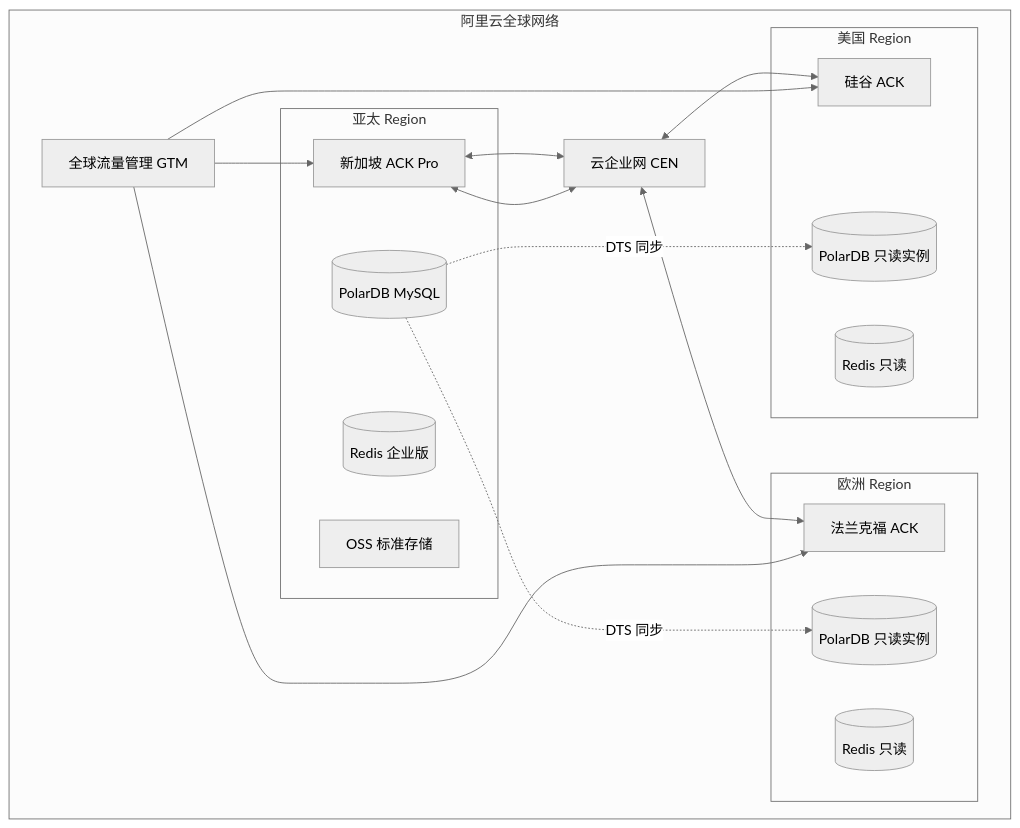
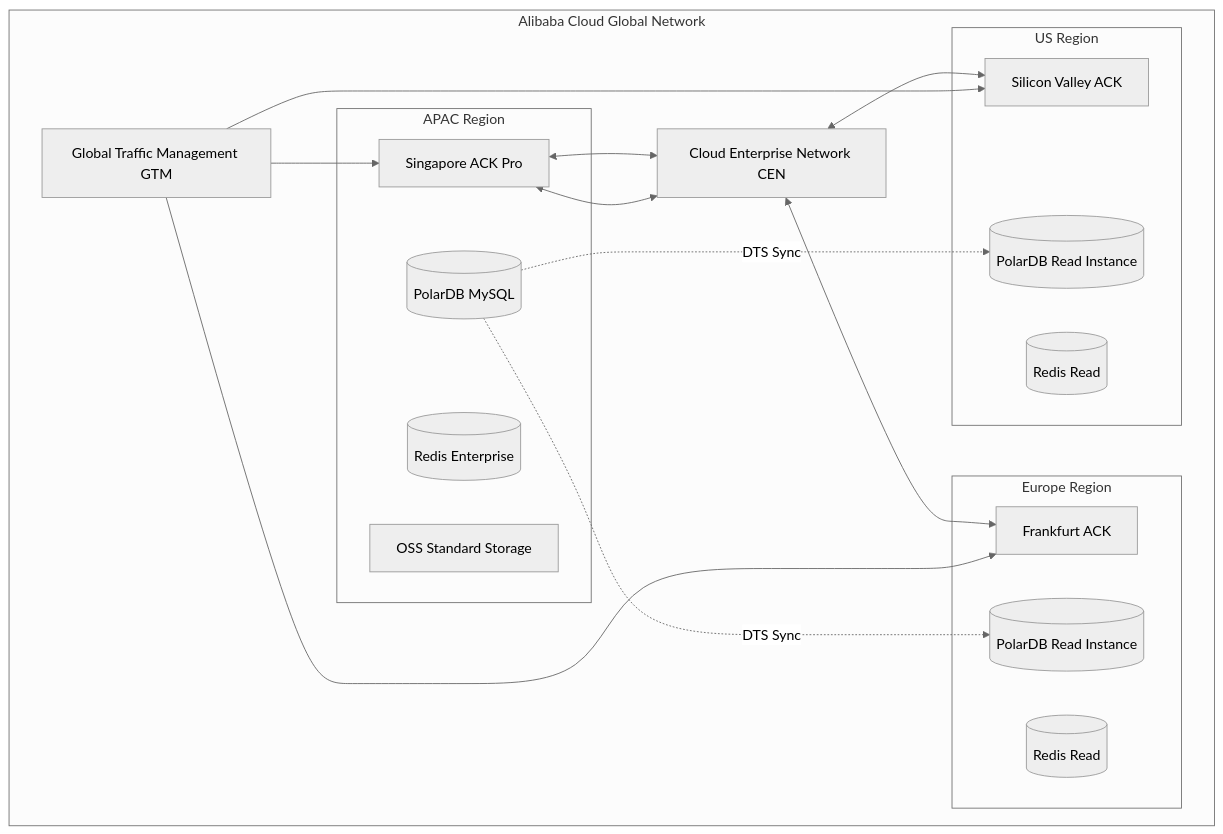
The fourth of 6 diagrams in tree/application/architecture/cross-border-ecommerce.md (teaglebuilt/knowledge-tree), drawn with Mermaid (neutral theme) before and after one commit. The commit also changed other lines of this file and 16 other files, not shown here.

````diff
--- a/tree/application/architecture/cross-border-ecommerce.md
+++ b/tree/application/architecture/cross-border-ecommerce.md
@@ -265,32 +226,32 @@
 ```mermaid
 graph TB
-    subgraph 阿里云全球网络
-        subgraph 亚太 Region
-            SG[新加坡 ACK Pro]
+    subgraph Alibaba Cloud Global Network
+        subgraph APAC Region
+            SG[Singapore ACK Pro]
             SG_DB[(PolarDB MySQL)]
-            SG_RE[(Redis 企业版)]
-            SG_OSS[OSS 标准存储]
+            SG_RE[(Redis Enterprise)]
+            SG_OSS[OSS Standard Storage]
         end
 
-        subgraph 欧洲 Region
-            FR[法兰克福 ACK]
-            FR_DB[(PolarDB 只读实例)]
-            FR_RE[(Redis 只读)]
+        subgraph Europe Region
+            FR[Frankfurt ACK]
+            FR_DB[(PolarDB Read Instance)]
+            FR_RE[(Redis Read)]
         end
 
-        subgraph 美国 Region
-            US[硅谷 ACK]
-            US_DB[(PolarDB 只读实例)]
-            US_RE[(Redis 只读)]
+        subgraph US Region
+            US[Silicon Valley ACK]
+            US_DB[(PolarDB Read Instance)]
+            US_RE[(Redis Read)]
         end
 
-        GTM[全球流量管理 GTM]
-        CEN[云企业网 CEN]
+        GTM[Global Traffic Management GTM]
+        CEN[Cloud Enterprise Network CEN]
     end
 
     GTM --> SG & FR & US
-    SG_DB -.->|DTS 同步| FR_DB
-    SG_DB -.->|DTS 同步| US_DB
+    SG_DB -.->|DTS Sync| FR_DB
+    SG_DB -.->|DTS Sync| US_DB
     SG <--> CEN <--> FR
     SG <--> CEN <--> US
 ```
````
